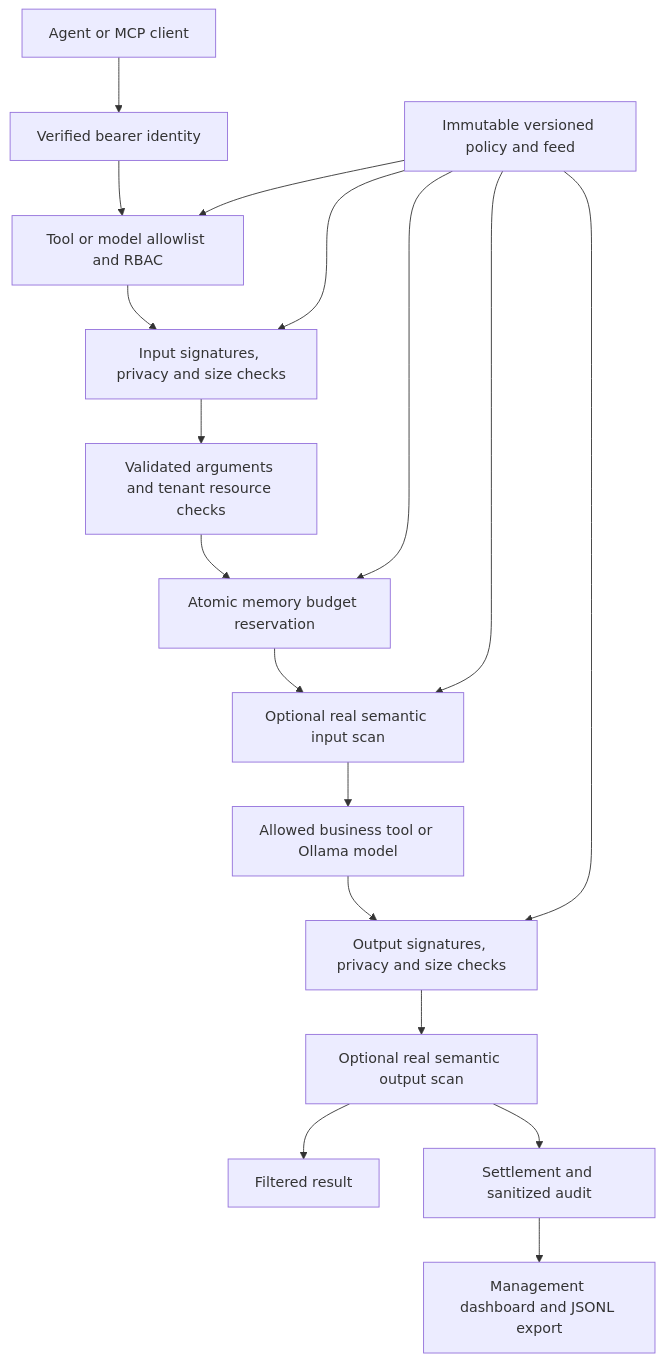
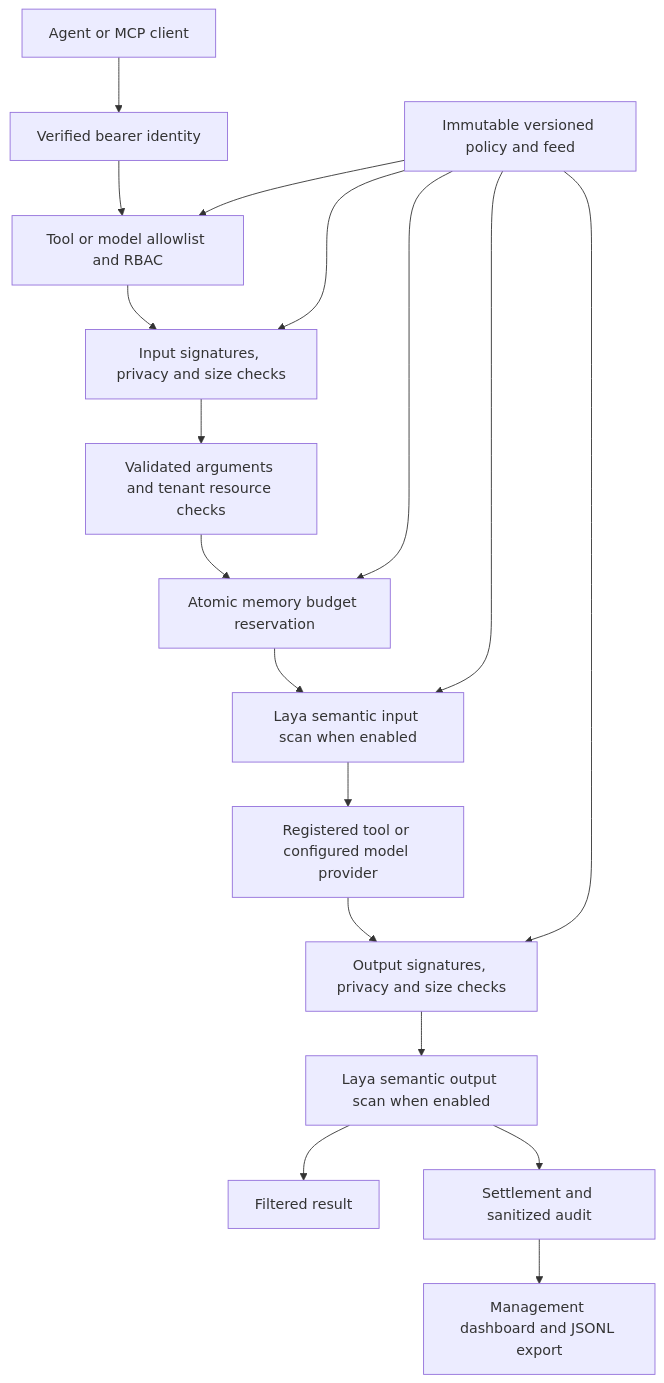
Before and after one commit to llama-lovers/FastFence: the diagram in docs/architecture.md, drawn with Mermaid. The commit also changed other lines of this file and 137 other files, not shown here.

````diff
--- a/docs/architecture.md
+++ b/docs/architecture.md
@@ -7,20 +7,20 @@
 ```mermaid
 flowchart TD
     Agent[Agent or MCP client] --> Auth[Verified bearer identity]
     Auth --> Rules[Tool or model allowlist and RBAC]
     Rules --> Input[Input signatures, privacy and size checks]
     Input --> Tenant[Validated arguments and tenant resource checks]
     Tenant --> Reserve[Atomic memory budget reservation]
-    Reserve --> Semantic[Optional real semantic input scan]
-    Semantic --> Upstream[Allowed business tool or Ollama model]
+    Reserve --> Semantic[Laya semantic input scan when enabled]
+    Semantic --> Upstream[Registered tool or configured model provider]
     Upstream --> Output[Output signatures, privacy and size checks]
-    Output --> OutputModel[Optional real semantic output scan]
+    Output --> OutputModel[Laya semantic output scan when enabled]
     OutputModel --> Result[Filtered result]
     OutputModel --> Accounting[Settlement and sanitized audit]
     Policy[Immutable versioned policy and feed] --> Rules
     Policy --> Input
     Policy --> Reserve
     Policy --> Semantic
     Policy --> Output
     Accounting --> Dashboard[Management dashboard and JSONL export]
 ```
````
